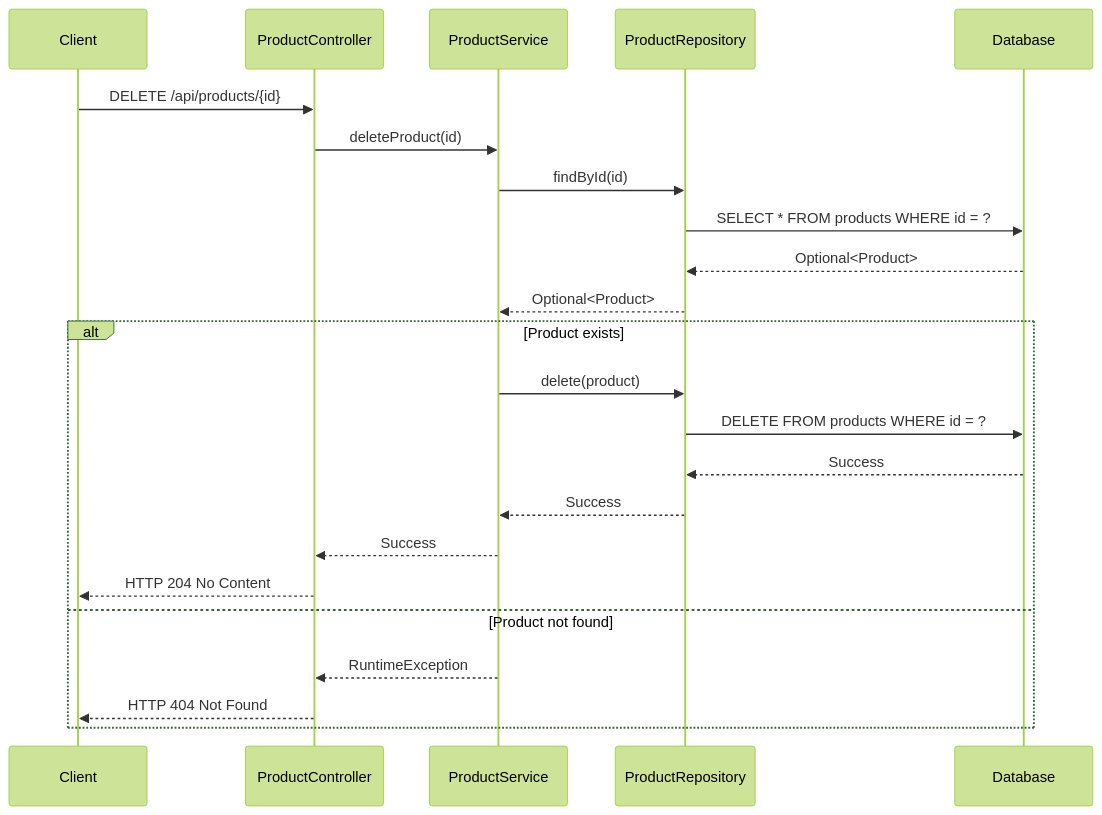
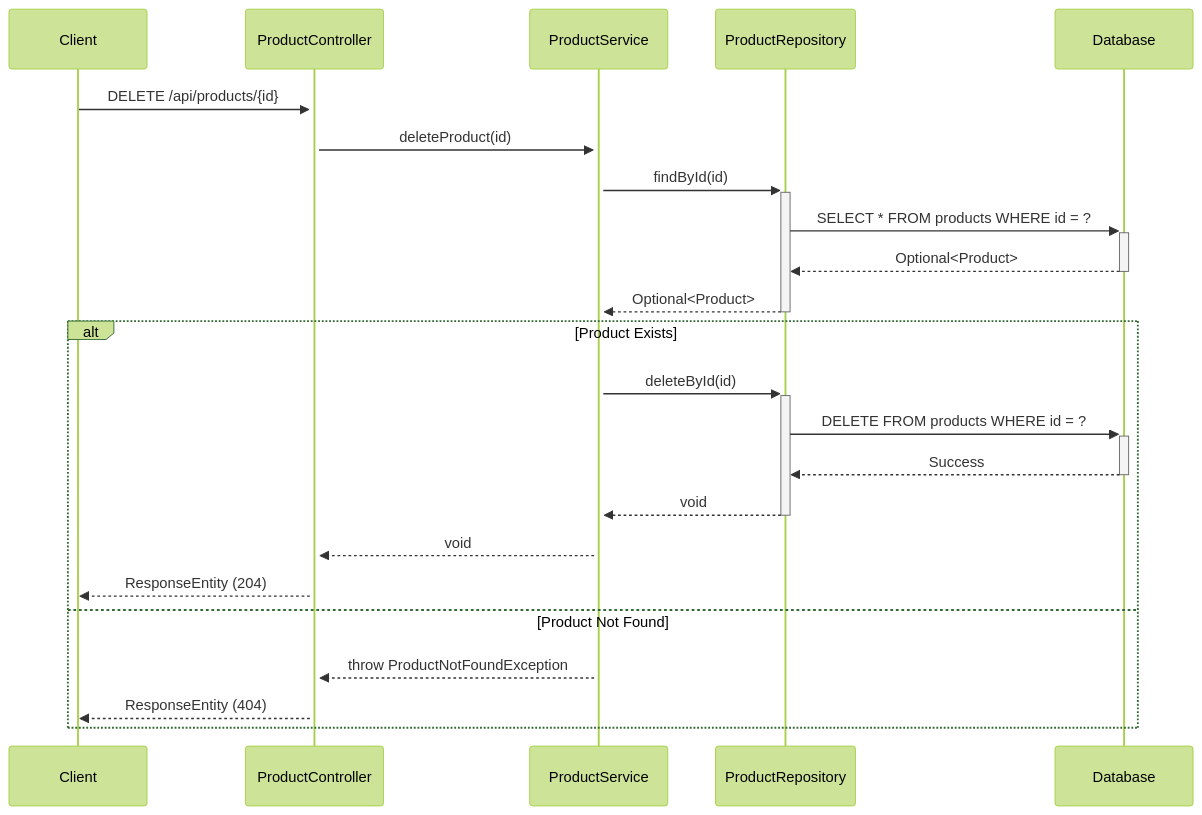
Before and after one commit to NavneetBN47/aava-ecom-demo: the seventh of 9 diagrams in docs/LLD/lld.md, drawn with Mermaid (forest theme). The commit also changed other lines of this file, not shown here.

````diff
--- a/docs/LLD/lld.md
+++ b/docs/LLD/lld.md
@@ -233,27 +203,28 @@
 ```mermaid
 sequenceDiagram
     participant Client
     participant ProductController
     participant ProductService
     participant ProductRepository
     participant Database
     
-    Client->>ProductController: DELETE /api/products/{id}
-    ProductController->>ProductService: deleteProduct(id)
-    ProductService->>ProductRepository: findById(id)
-    ProductRepository->>Database: SELECT * FROM products WHERE id = ?
-    Database-->>ProductRepository: Optional<Product>
-    ProductRepository-->>ProductService: Optional<Product>
+    Client->>+ProductController: DELETE /api/products/{id}
+    ProductController->>+ProductService: deleteProduct(id)
     
-    alt Product exists
-        ProductService->>ProductRepository: delete(product)
-        ProductRepository->>Database: DELETE FROM products WHERE id = ?
-        Database-->>ProductRepository: Success
-        ProductRepository-->>ProductService: Success
-        ProductService-->>ProductController: Success
-        ProductController-->>Client: HTTP 204 No Content
-    else Product not found
-        ProductService-->>ProductController: RuntimeException
-        ProductController-->>Client: HTTP 404 Not Found
+    ProductService->>+ProductRepository: findById(id)
+    ProductRepository->>+Database: SELECT * FROM products WHERE id = ?
+    Database-->>-ProductRepository: Optional<Product>
+    ProductRepository-->>-ProductService: Optional<Product>
+    
+    alt Product Exists
+        ProductService->>+ProductRepository: deleteById(id)
+        ProductRepository->>+Database: DELETE FROM products WHERE id = ?
+        Database-->>-ProductRepository: Success
+        ProductRepository-->>-ProductService: void
+        ProductService-->>ProductController: void
+        ProductController-->>Client: ResponseEntity (204)
+    else Product Not Found
+        ProductService-->>ProductController: throw ProductNotFoundException
+        ProductController-->>Client: ResponseEntity (404)
     end
 ```
````
